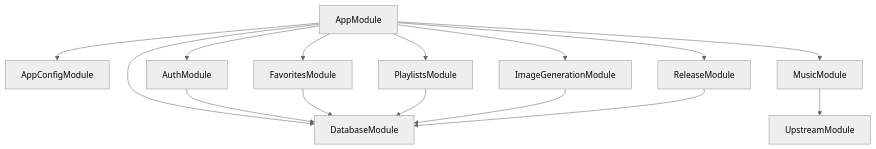
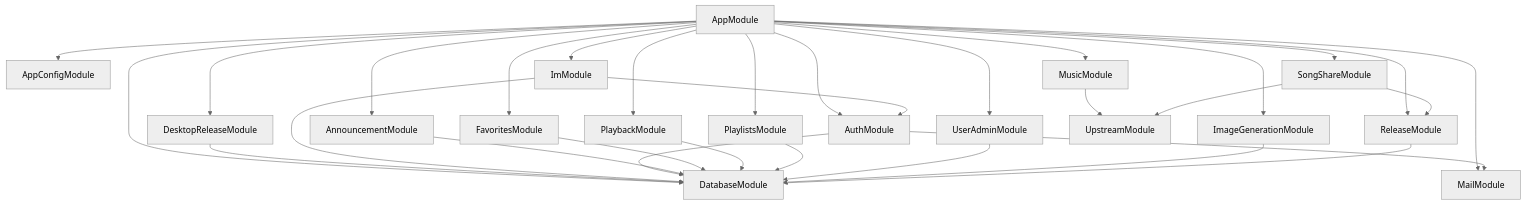
Before and after one commit to taotaomusic/core: the first of 2 diagrams in server/wiki/01-architecture.md, drawn with Mermaid (neutral theme). The commit also changed other lines of this file and 13 other files, not shown here.

````diff
--- a/server/wiki/01-architecture.md
+++ b/server/wiki/01-architecture.md
@@ -27,17 +31,33 @@
 ```mermaid
 flowchart TD
     App["AppModule"] --> Config["AppConfigModule"]
     App --> Database["DatabaseModule"]
     App --> Auth["AuthModule"]
+    App --> Mail["MailModule"]
+    App --> Announcements["AnnouncementModule"]
     App --> Favorites["FavoritesModule"]
+    App --> Playback["PlaybackModule"]
     App --> Playlists["PlaylistsModule"]
     App --> Music["MusicModule"]
+    App --> Shares["SongShareModule"]
     App --> Image["ImageGenerationModule"]
     App --> Release["ReleaseModule"]
+    App --> Desktop["DesktopReleaseModule"]
+    App --> Im["ImModule"]
+    App --> UserAdmin["UserAdminModule"]
     Music --> Upstream["UpstreamModule"]
+    Shares --> Upstream
+    Shares --> Release
+    Desktop --> Database
+    Im --> Database
+    Im --> Auth
     Auth --> Database
+    Auth --> Mail
+    Announcements --> Database
     Favorites --> Database
+    Playback --> Database
     Playlists --> Database
+    UserAdmin --> Database
     Image --> Database
     Release --> Database
 ```
````
